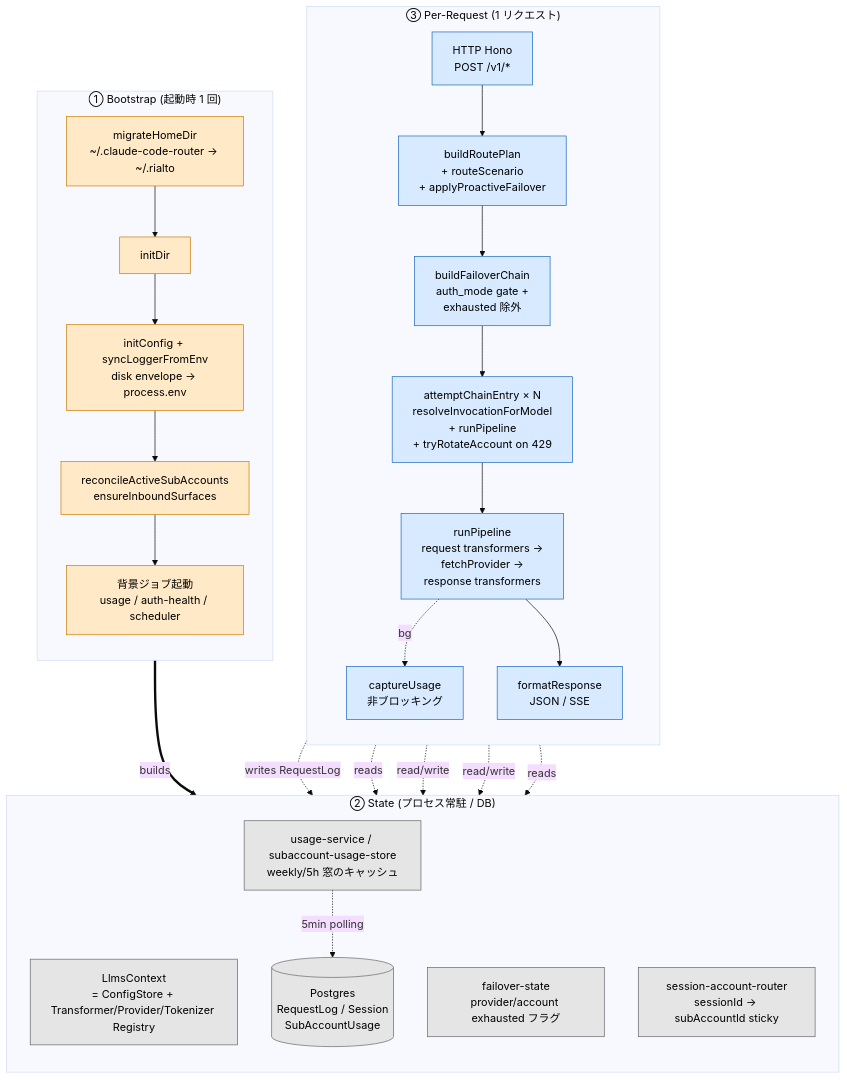
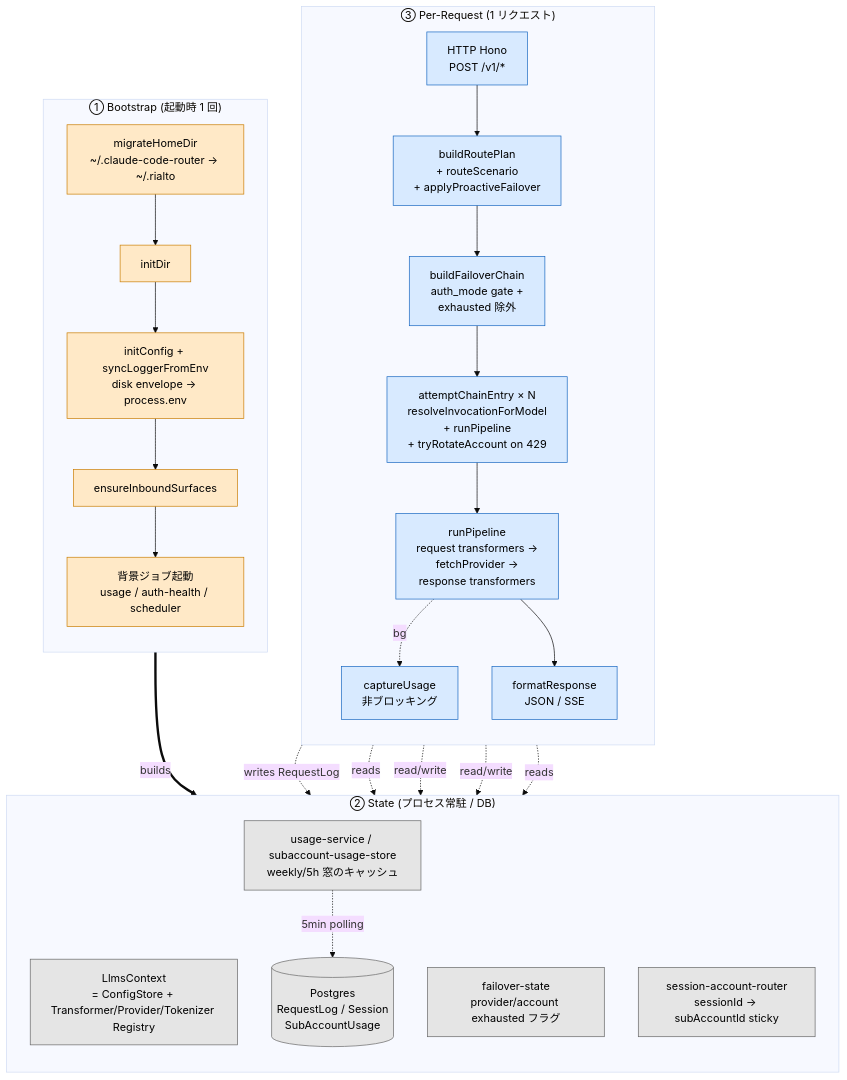
Before and after one commit to tkgstrator/rialto: the first of 12 diagrams in docs/architecture/pipeline-overview.md, drawn with Mermaid (base theme). The commit also changed other lines of this file and 44 other files, not shown here.

````diff
--- a/docs/architecture/pipeline-overview.md
+++ b/docs/architecture/pipeline-overview.md
@@ -15,51 +15,51 @@
 ```mermaid
 flowchart TB
   classDef boot fill:#ffe9c7,stroke:#c97c00,color:#000
   classDef perreq fill:#d8eaff,stroke:#1565c0,color:#000
   classDef state fill:#e5e5e5,stroke:#666,color:#000
 
   subgraph BOOT["① Bootstrap (起動時 1 回)"]
     direction TB
     B0[migrateHomeDir<br/>~/.claude-code-router → ~/.rialto]
     B1[initDir]
     B2[initConfig + syncLoggerFromEnv<br/>disk envelope → process.env]
-    B3[reconcileActiveSubAccounts<br/>ensureInboundSurfaces]
+    B3[ensureInboundSurfaces]
     B4[背景ジョブ起動<br/>usage / auth-health / scheduler]
     B0 --> B1 --> B2 --> B3 --> B4
   end
 
   subgraph STATE["② State (プロセス常駐 / DB)"]
     direction TB
     CTX[LlmsContext<br/>= ConfigStore + Transformer/Provider/Tokenizer Registry]
     FS[failover-state<br/>provider/account exhausted フラグ]
     SR[session-account-router<br/>sessionId → subAccountId sticky]
     US[usage-service / subaccount-usage-store<br/>weekly/5h 窓のキャッシュ]
     DB[(Postgres<br/>RequestLog / Session<br/>SubAccountUsage)]
   end
 
   subgraph REQ["③ Per-Request (1 リクエスト)"]
     direction TB
     R1[HTTP Hono<br/>POST /v1/*]
     R2[buildRoutePlan<br/>+ routeScenario<br/>+ applyProactiveFailover]
     R3[buildFailoverChain<br/>auth_mode gate +<br/>exhausted 除外]
     R4[attemptChainEntry × N<br/>resolveInvocationForModel<br/>+ runPipeline<br/>+ tryRotateAccount on 429]
     R5[runPipeline<br/>request transformers →<br/>fetchProvider →<br/>response transformers]
     R6[captureUsage<br/>非ブロッキング]
     R7[formatResponse<br/>JSON / SSE]
     R1 --> R2 --> R3 --> R4 --> R5
     R5 -.bg.-> R6
     R5 --> R7
   end
 
   BOOT ==builds==> CTX
   REQ -.reads.-> CTX
   REQ -.read/write.-> FS
   REQ -.read/write.-> SR
   REQ -.reads.-> US
   R6 -.writes RequestLog.-> DB
   US -.5min polling.-> DB
 
   class B0,B1,B2,B3,B4 boot
   class R1,R2,R3,R4,R5,R6,R7 perreq
   class CTX,FS,SR,US,DB state
 ```
````
